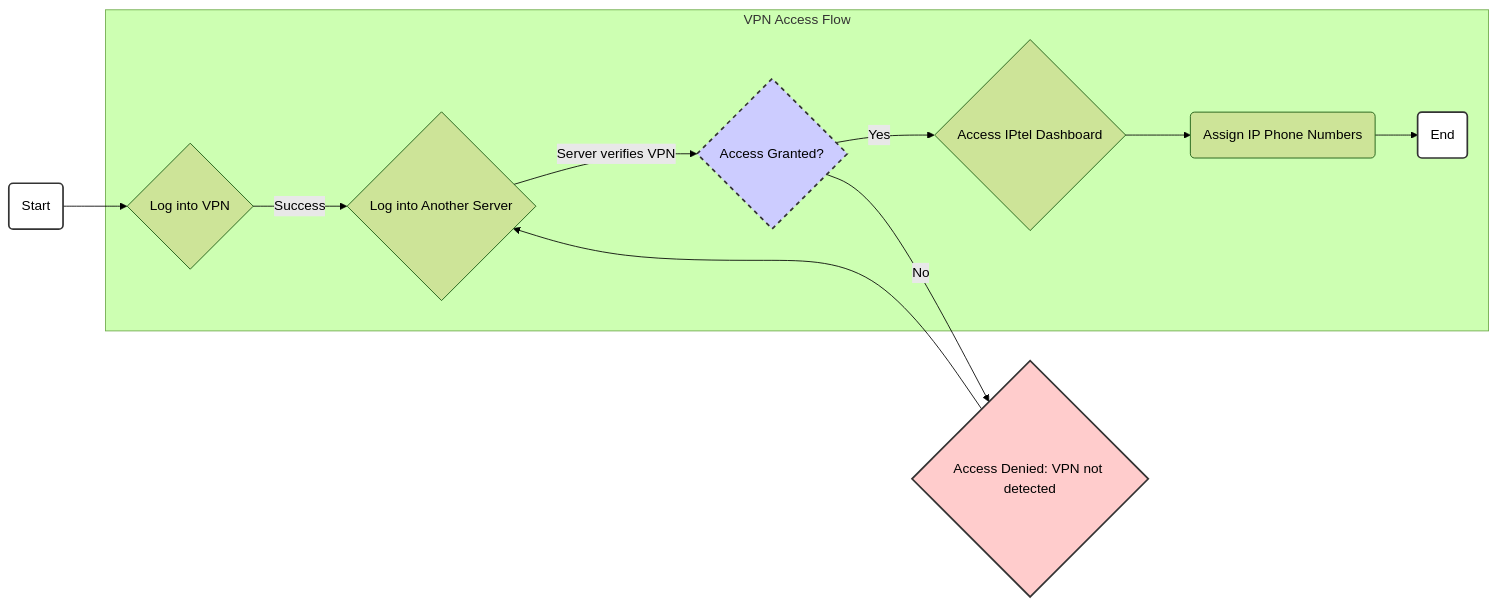
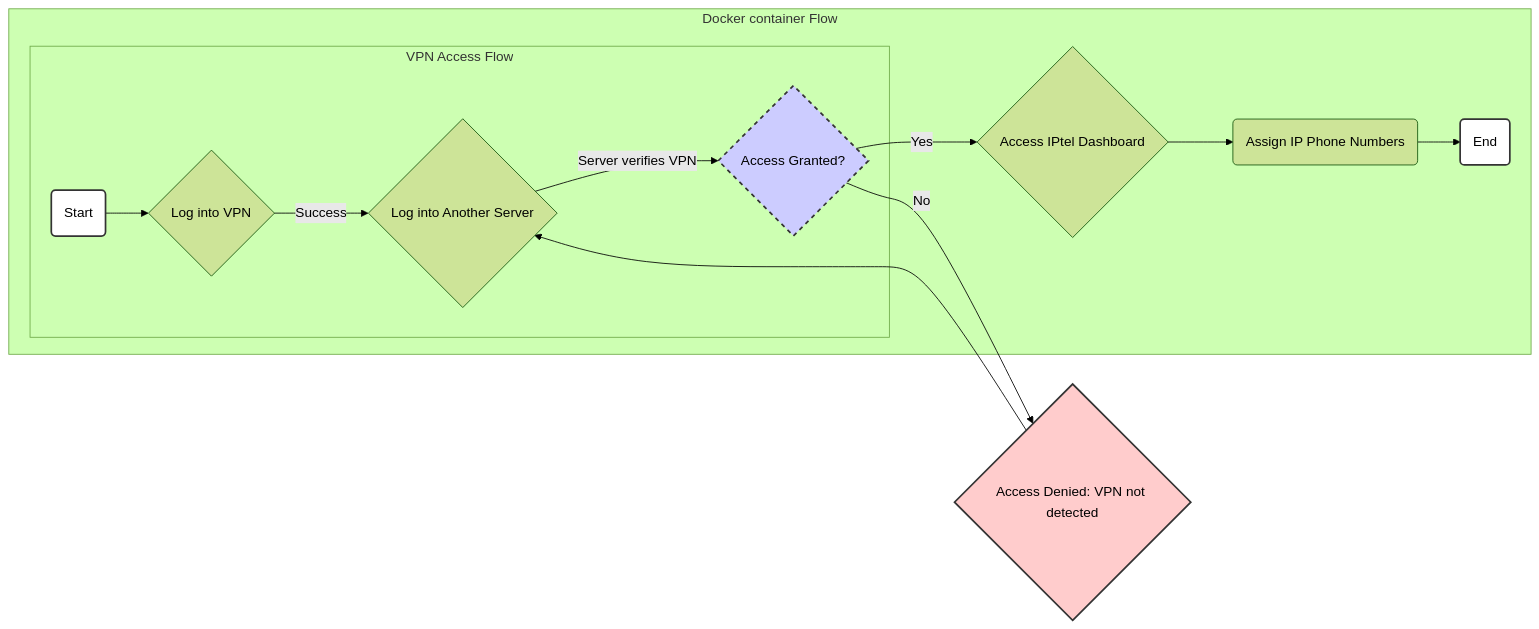
Before and after one commit to kairin/mermaid: the diagram in iptel.md, drawn with Mermaid (forest theme).

````diff
--- a/iptel.md
+++ b/iptel.md
@@ -1,22 +1,30 @@
 ```mermaid
 
 graph LR
-    A(Start) --> B{Log into VPN};
+    A(Start) 
 
+subgraph Docker container Flow
 subgraph VPN Access Flow
+    
+    A--> B{Log into VPN};
+
+
     B -- Success --> C{Log into Another Server};
     C -- Server verifies VPN --> D{Access Granted?};
+
+ %% If there are more steps between login and access granted, add them here
+  end    
     D -- Yes --> E{Access IPtel Dashboard};
     E --> F(Assign IP Phone Numbers);
     F --> G(End);
  %% If there are more steps between login and access granted, add them here
   end
     D -- No --> H{Access Denied: VPN not detected};
     H --> C;
     style A fill:#fff,stroke:#333,stroke-width:2px
     style G fill:#fff,stroke:#333,stroke-width:2px
     style D fill:#ccf,stroke:#333,stroke-width:2px,stroke-dasharray: 5 5
     style H fill:#fcc,stroke:#333,stroke-width:2px
 
 
 ```
````
